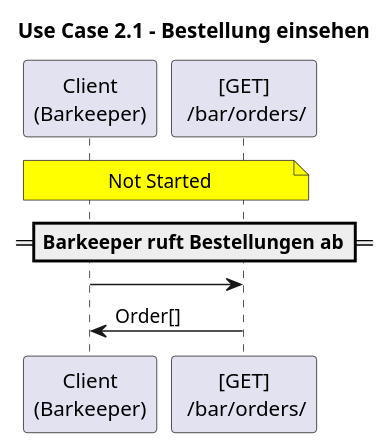
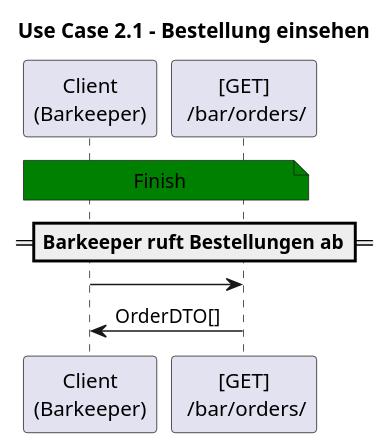
One commit to Mankianer/TresenSystem changed the first of 4 diagrams in docs/api-sequence-diagram/UseCase/Use-Case_2.puml. Above: the diagram before and after it, drawn with PlantUML. The commit also changed other lines of this file and 4 other files, not shown here.

```diff
--- a/docs/api-sequence-diagram/UseCase/Use-Case_2.puml
+++ b/docs/api-sequence-diagram/UseCase/Use-Case_2.puml
@@ -1,9 +1,9 @@
 @startuml
 title Use Case 2.1 - Bestellung einsehen
-note across #yellow: Not Started
+note across #green: Finish
 
 ==Barkeeper ruft Bestellungen ab==
 "Client\n(Barkeeper)" -> "[GET]\n /bar/orders/":
-"Client\n(Barkeeper)" <- "[GET]\n /bar/orders/": Order[]
+"Client\n(Barkeeper)" <- "[GET]\n /bar/orders/": OrderDTO[]
 
 @enduml
```
